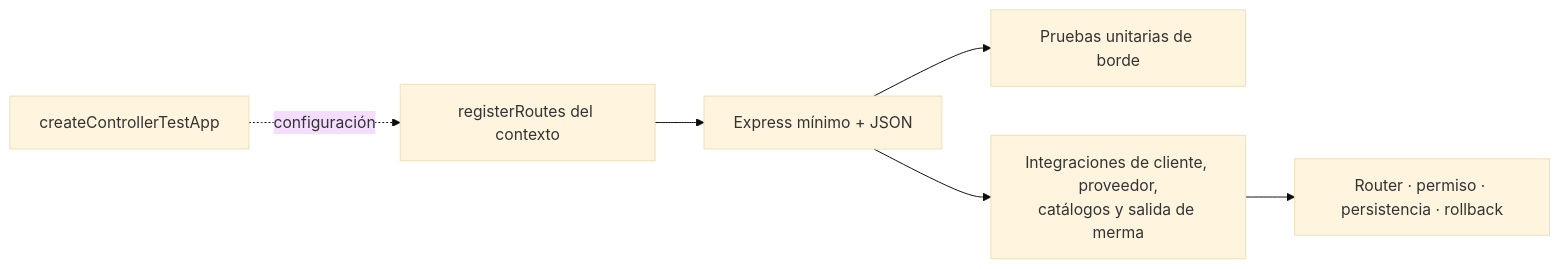
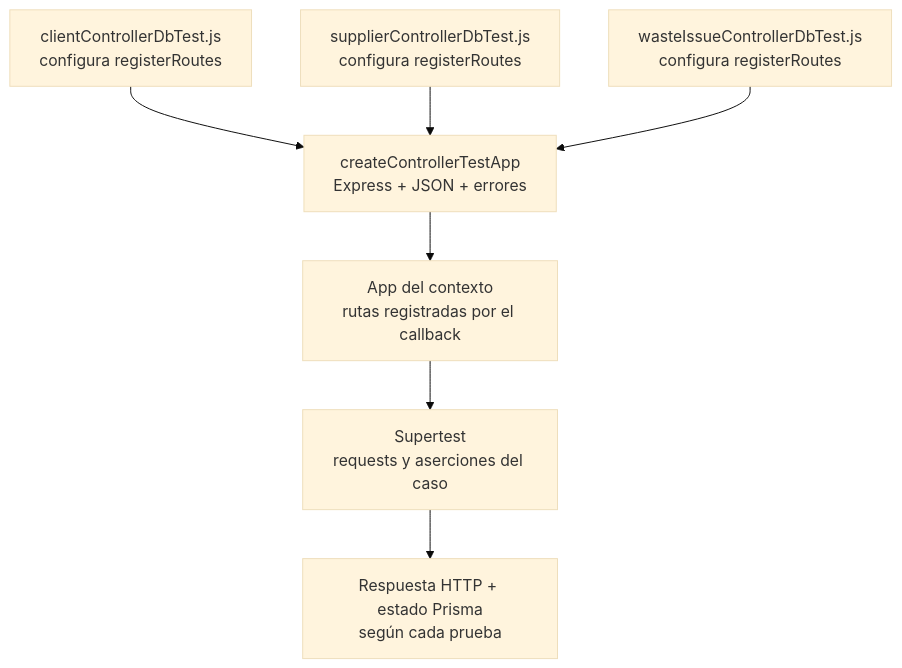
One commit to gpgsistemas01/nexus changed the fifth of 5 diagrams in docs/architecture/views/development/design-and-construction-patterns/04-catalog-visual-of-patterns-applied.md. Above: the diagram before and after it, drawn with Mermaid (base theme). The commit also changed other lines of this file and 27 other files, not shown here.

````diff
--- a/docs/architecture/views/development/design-and-construction-patterns/04-catalog-visual-of-patterns-applied.md
+++ b/docs/architecture/views/development/design-and-construction-patterns/04-catalog-visual-of-patterns-applied.md
@@ -198,8 +195,9 @@
 ```mermaid
-flowchart LR
-    harness["createControllerTestApp"] -. configuración .-> register["registerRoutes del contexto"]
-    register --> app["Express mínimo + JSON"]
-    app --> unit["Pruebas unitarias de borde"]
-    app --> integration["Integraciones de cliente, proveedor,<br/>catálogos y salida de merma"]
-    integration --> evidence["Router · permiso · persistencia · rollback"]
+flowchart TB
+    client["clientControllerDbTest.js<br/>configura registerRoutes"] --> harness["createControllerTestApp<br/>Express + JSON + errores"]
+    supplier["supplierControllerDbTest.js<br/>configura registerRoutes"] --> harness
+    waste["wasteIssueControllerDbTest.js<br/>configura registerRoutes"] --> harness
+    harness --> app["App del contexto<br/>rutas registradas por el callback"]
+    app --> requests["Supertest<br/>requests y aserciones del caso"]
+    requests --> checks["Respuesta HTTP + estado Prisma<br/>según cada prueba"]
 ```
````
